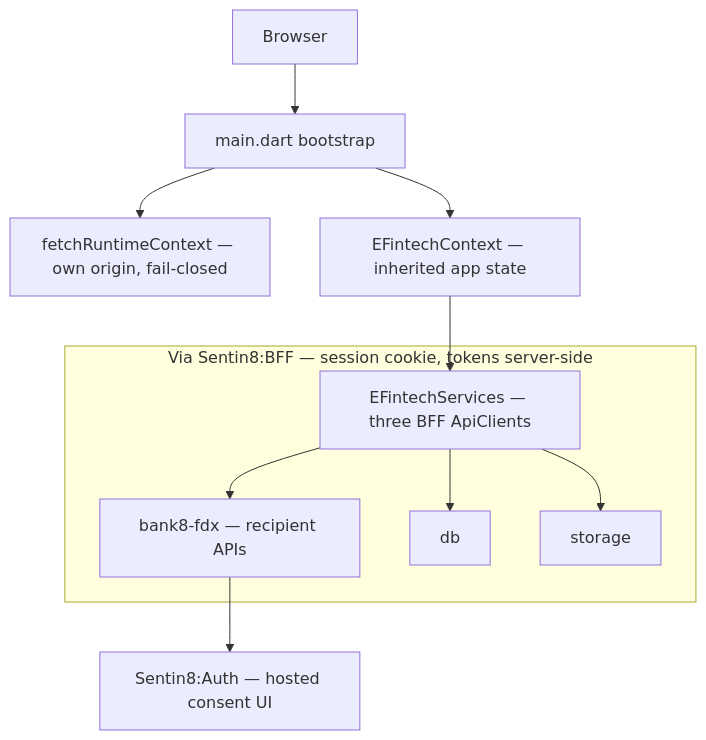
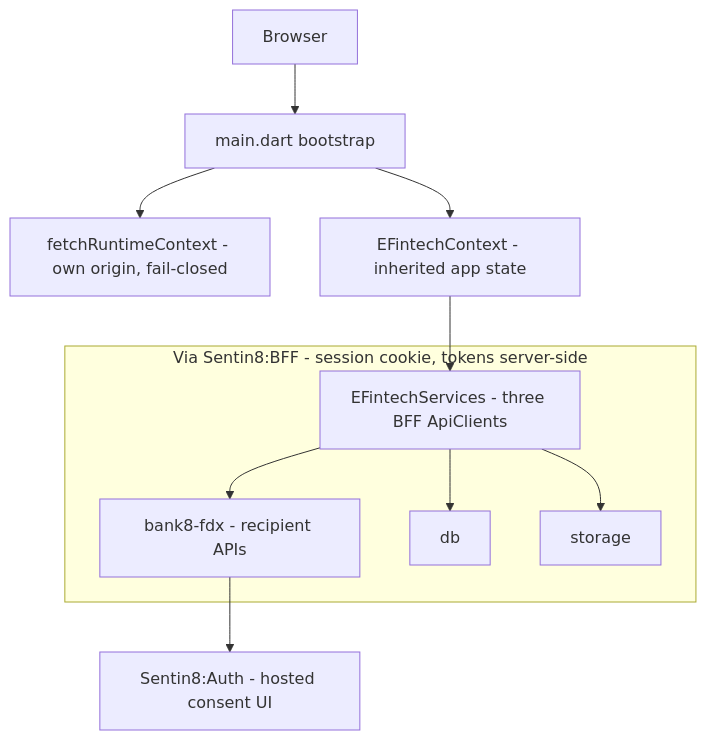
The diagram in README.md (Bank8-dev/bank8-efintech), drawn with Mermaid before and after one commit. The commit also changed other lines of this file and 12 other files, not shown here.

````diff
--- a/README.md
+++ b/README.md
@@ -28,14 +28,14 @@
 ```mermaid
 graph TD
     B[Browser] --> M[main.dart bootstrap]
-    M --> RC[fetchRuntimeContext — own origin, fail-closed]
-    M --> C[EFintechContext — inherited app state]
-    C --> S[EFintechServices — three BFF ApiClients]
+    M --> RC[fetchRuntimeContext - own origin, fail-closed]
+    M --> C[EFintechContext - inherited app state]
+    C --> S[EFintechServices - three BFF ApiClients]
 
-    subgraph SGcvnbup["Via Sentin8:BFF — session cookie, tokens server-side"]
-        S --> F[bank8-fdx — recipient APIs]
+    subgraph SGcvnbup["Via Sentin8:BFF - session cookie, tokens server-side"]
+        S --> F[bank8-fdx - recipient APIs]
         S --> D[db]
         S --> ST[storage]
     end
-    F --> AUTH[Sentin8:Auth — hosted consent UI]
+    F --> AUTH[Sentin8:Auth - hosted consent UI]
 ```
````
